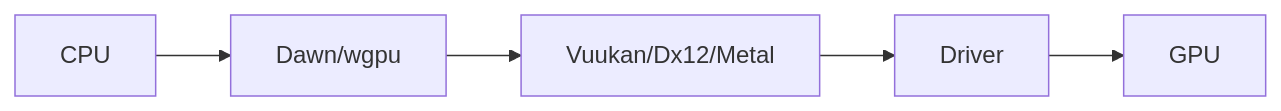
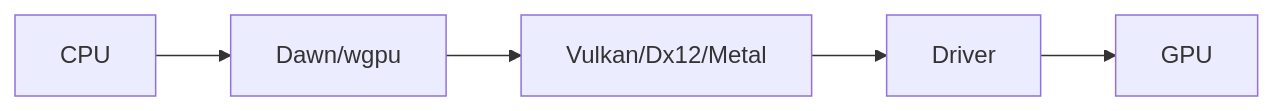
Before and after one commit to Bromles/wgpu-tutorial: the diagram in docs/index.md, drawn with Mermaid. The commit also changed other lines of this file, not shown here.

````diff
--- a/docs/index.md
+++ b/docs/index.md
@@ -72,4 +75,4 @@
 ```mermaid
 flowchart LR
-    CPU --> Dawn/wgpu --> Vuukan/Dx12/Metal --> Driver --> GPU
+    CPU --> Dawn/wgpu --> Vulkan/Dx12/Metal --> Driver --> GPU
 ```
````
